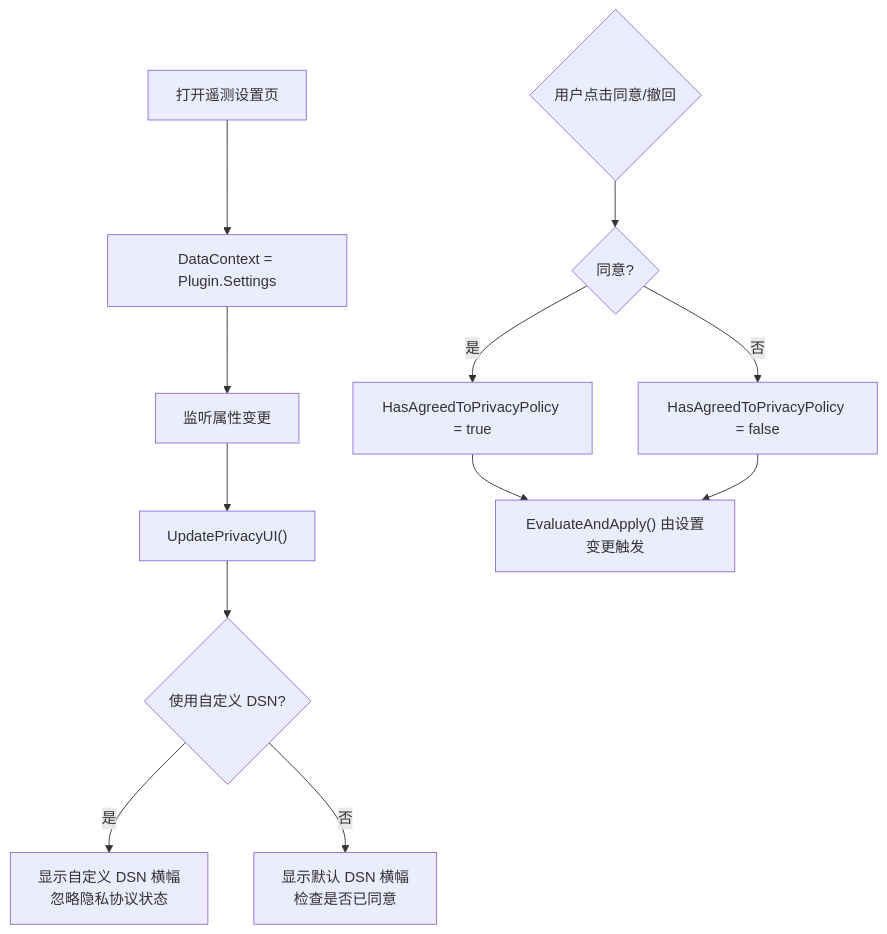
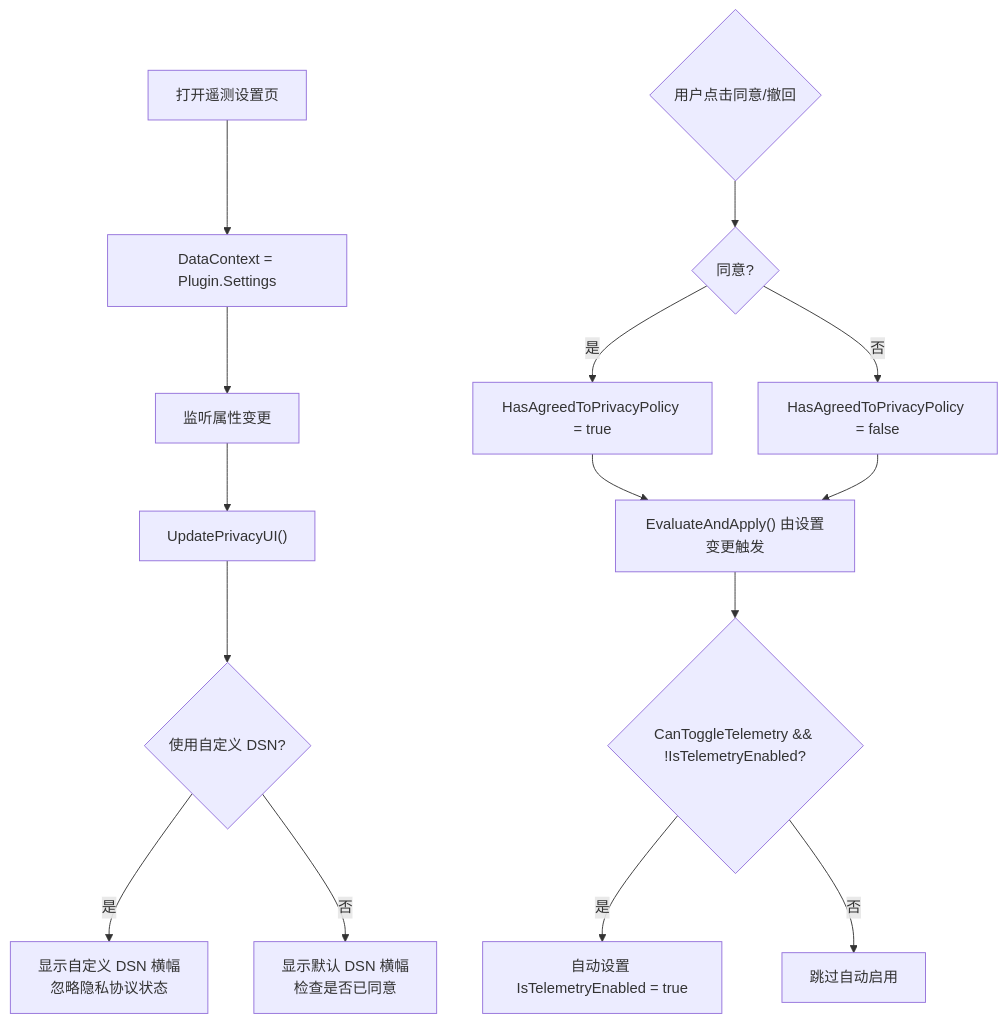
Before and after one commit to ShihaoShenDev/AgentIsland: the sixth of 7 diagrams in .qoder/repowiki/zh/content/遥测和监控.md, drawn with Mermaid. The commit also changed other lines of this file and 54 other files, not shown here.

````diff
--- a/.qoder/repowiki/zh/content/遥测和监控.md
+++ b/.qoder/repowiki/zh/content/遥测和监控.md
@@ -279,14 +292,17 @@
 ```mermaid
 flowchart TD
 OpenPage["打开遥测设置页"] --> Bind["DataContext = Plugin.Settings"]
 Bind --> Listen["监听属性变更"]
 Listen --> UpdateUI["UpdatePrivacyUI()"]
 UpdateUI --> ShowBanner{"使用自定义 DSN?"}
 ShowBanner --> |是| UseCustom["显示自定义 DSN 横幅<br/>忽略隐私协议状态"]
 ShowBanner --> |否| UseDefault["显示默认 DSN 横幅<br/>检查是否已同意"]
 UserAction{"用户点击同意/撤回"} --> Agree{"同意?"}
 Agree --> |是| SetAgree["HasAgreedToPrivacyPolicy = true"]
 Agree --> |否| SetDisagree["HasAgreedToPrivacyPolicy = false"]
 SetAgree --> ReEval["EvaluateAndApply() 由设置变更触发"]
 SetDisagree --> ReEval
+ReEval --> AutoActivate{"CanToggleTelemetry && !IsTelemetryEnabled?"}
+AutoActivate --> |是| AutoEnable["自动设置 IsTelemetryEnabled = true"]
+AutoActivate --> |否| Skip["跳过自动启用"]
 ```
````
